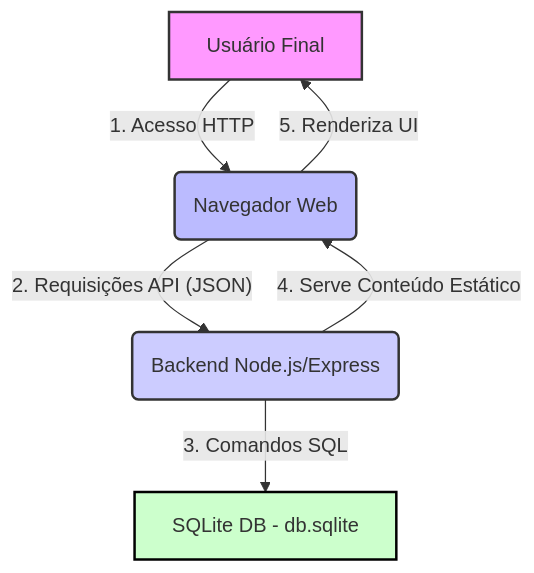
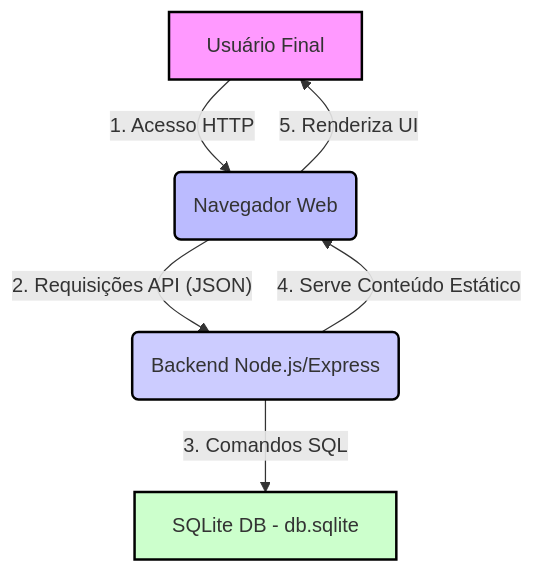
Before and after one commit to guilhermE-029/taskry: the diagram in docs/03-arquitetura.md, drawn with Mermaid.

````diff
--- a/docs/03-arquitetura.md
+++ b/docs/03-arquitetura.md
@@ -13,21 +13,21 @@
 ```mermaid
 graph TD
     %% Entidades Principais
     A[Usuário Final]
     B(Navegador Web)
     C(Backend Node.js/Express)
     D[SQLite DB - db.sqlite]
 
     %% Fluxo de Interação
     A -- 1. Acesso HTTP --> B
     B -- 2. Requisições API (JSON) --> C
     C -- 3. Comandos SQL --> D
     C -- 4. Serve Conteúdo Estático --> B
     B -- 5. Renderiza UI --> A
 
     %% Estilos (Opcional, mas melhora a visualização em alguns renderizadores Mermaid)
-    style A fill:#f9f,stroke:#333,stroke-width:2px
-    style B fill:#bbf,stroke:#333,stroke-width:2px
-    style C fill:#ccf,stroke:#333,stroke-width:2px
+    style A fill:#f9f,stroke:#000000,stroke-width:2px
+    style B fill:#bbf,stroke:#000000,stroke-width:2px
+    style C fill:#ccf,stroke:#000000,stroke-width:2px
     style D fill:#cfc,stroke:#000000,stroke-width:2px
 ```
````
